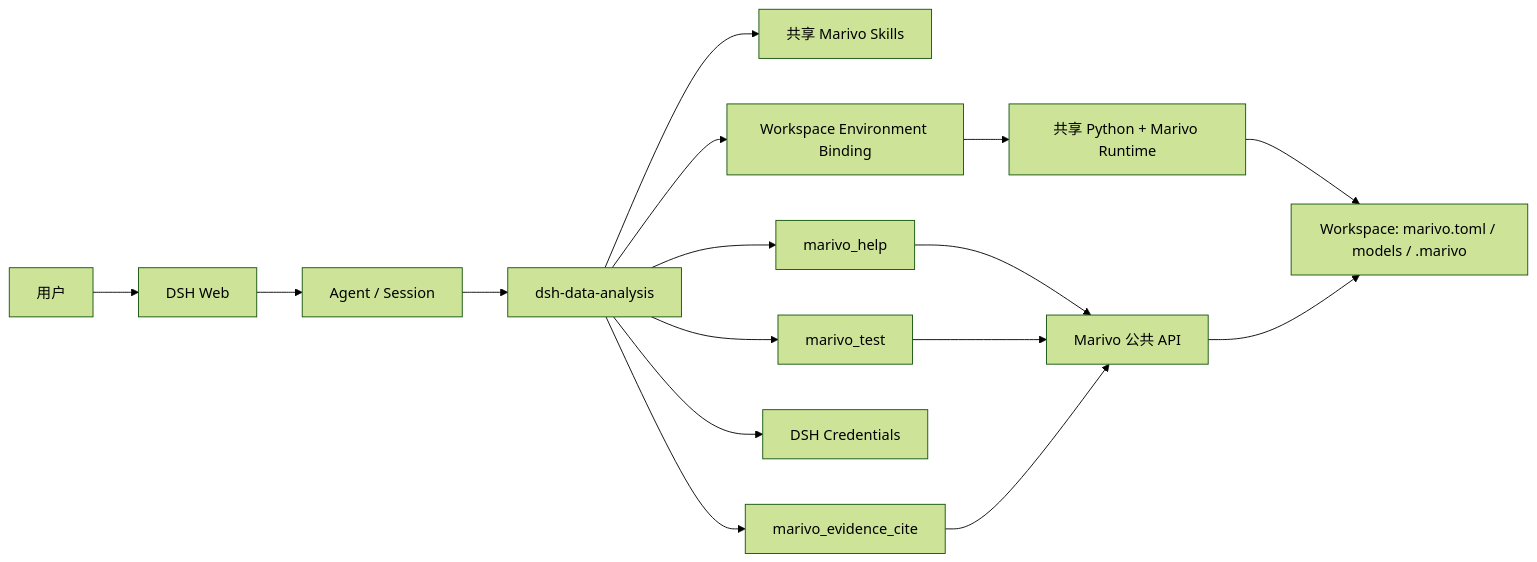
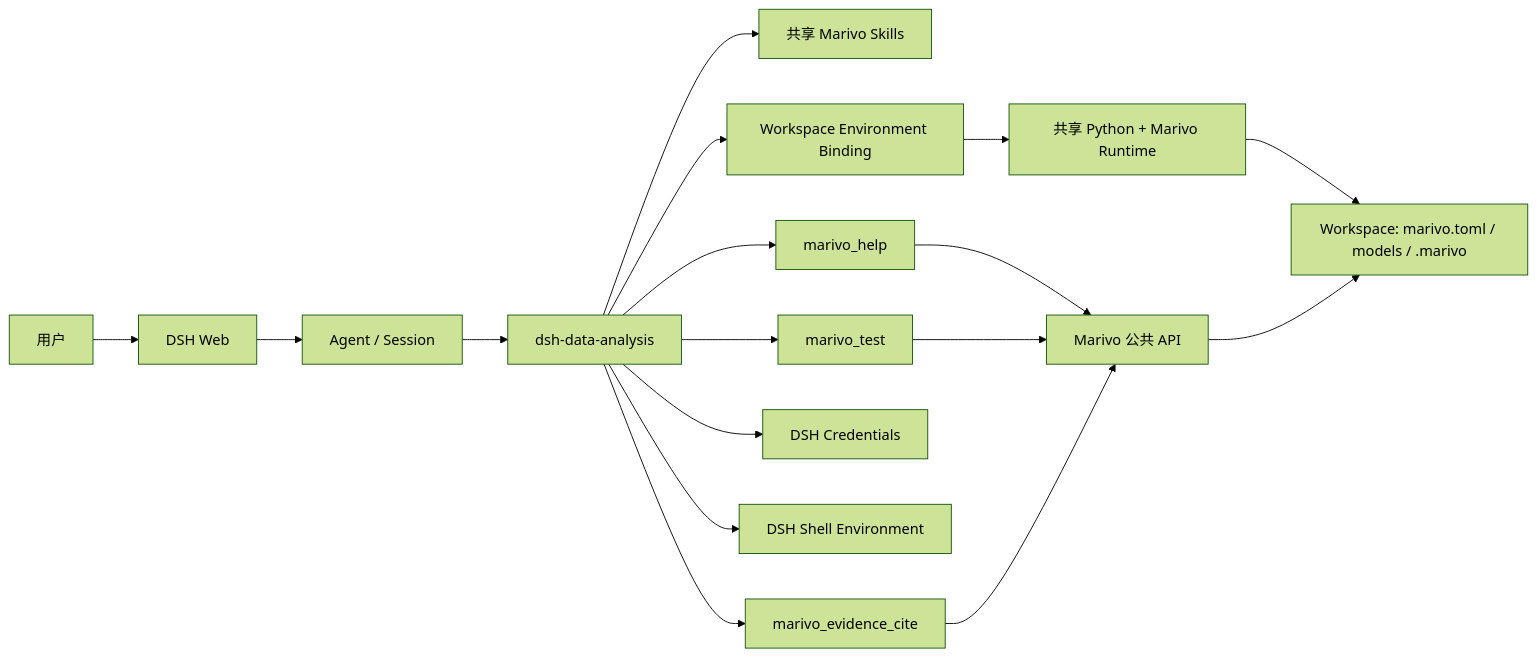
One commit to chengxianglibra/dsh-data-analysis changed the diagram in docs/architecture.md. Above: the diagram before and after it, drawn with Mermaid (forest theme). The commit also changed other lines of this file and 23 other files, not shown here.

````diff
--- a/docs/architecture.md
+++ b/docs/architecture.md
@@ -31,18 +31,19 @@
 ```mermaid
 flowchart LR
   User[用户] --> Web[DSH Web]
   Web --> Agent[Agent / Session]
   Agent --> Plugin[dsh-data-analysis]
   Plugin --> Skills[共享 Marivo Skills]
   Plugin --> Help[marivo_help]
   Plugin --> Test[marivo_test]
   Plugin --> Cite[marivo_evidence_cite]
   Plugin --> Creds[DSH Credentials]
+  Plugin --> ShellEnv[DSH Shell Environment]
   Plugin --> Env[Workspace Environment Binding]
   Env --> Runtime[共享 Python + Marivo Runtime]
   Runtime --> Project[Workspace: marivo.toml / models / .marivo]
   Help --> Marivo[Marivo 公共 API]
   Test --> Marivo
   Cite --> Marivo
   Marivo --> Project
 ```
````
